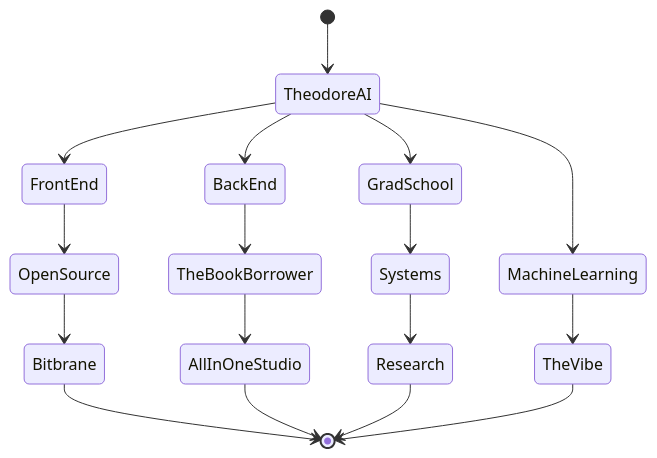
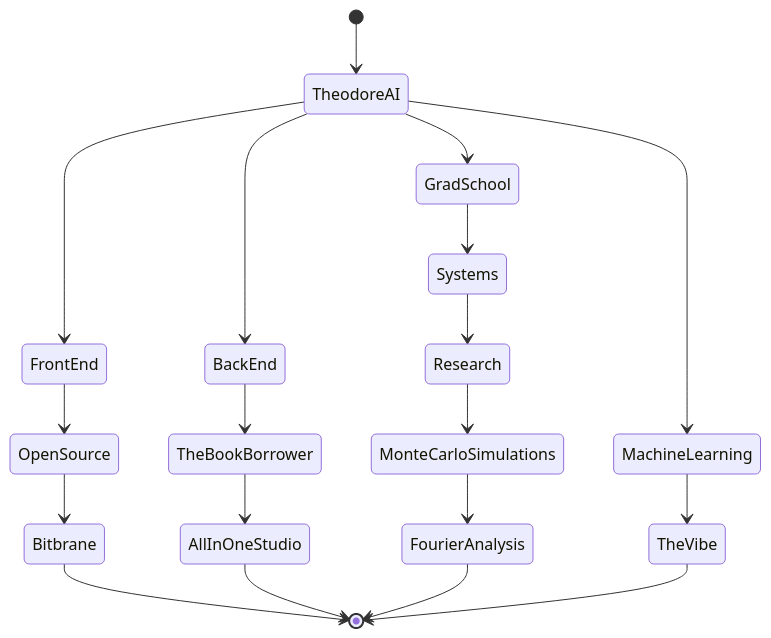
The diagram in README.md (TheodoreAI/TheodoreAI), drawn with Mermaid before and after one commit.

````diff
--- a/README.md
+++ b/README.md
@@ -16,26 +16,28 @@
  ```mermaid
   stateDiagram-v2
   [*] --> TheodoreAI
 
   TheodoreAI --> FrontEnd
   FrontEnd --> OpenSource
   OpenSource --> Bitbrane
   Bitbrane --> [*]
   
   TheodoreAI --> BackEnd
   BackEnd --> TheBookBorrower
   TheBookBorrower --> AllInOneStudio
   AllInOneStudio --> [*]
 
   TheodoreAI --> GradSchool
   GradSchool --> Systems
   Systems --> Research
-  Research --> [*]
+  Research --> MonteCarloSimulations
+  MonteCarloSimulations --> FourierAnalysis
+  FourierAnalysis --> [*]
  
   TheodoreAI --> MachineLearning
   MachineLearning --> TheVibe
   TheVibe --> [*]
 
 [*]
   
 ```
````
